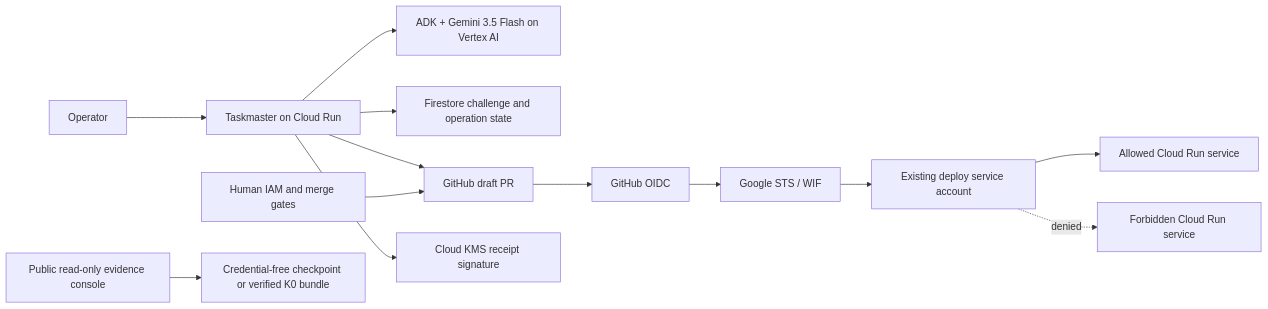
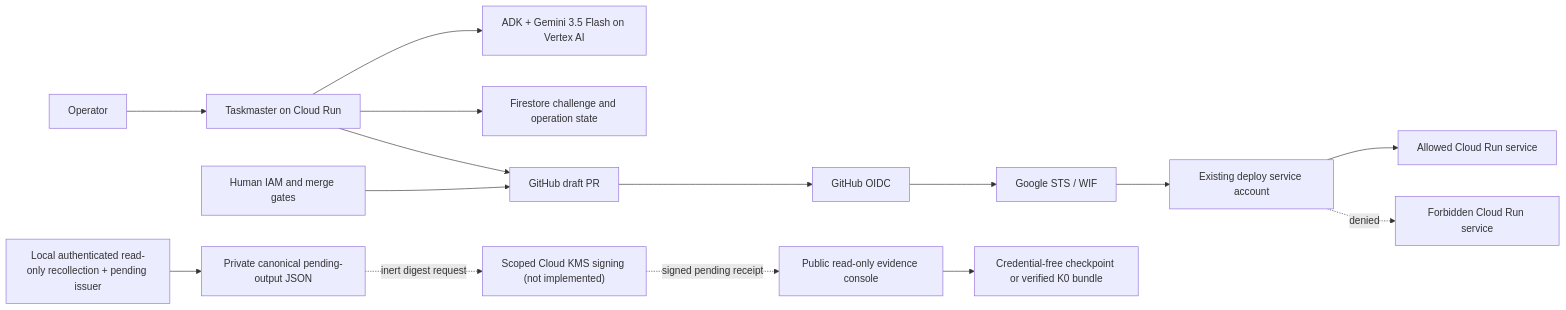
The diagram in README.md (trustphoneapp/keyless-cutover), drawn with Mermaid before and after one commit. The commit also changed other lines of this file and 72 other files, not shown here.

````diff
--- a/README.md
+++ b/README.md
@@ -36,15 +36,17 @@
 ```mermaid
 flowchart LR
     O["Operator"] --> A["Taskmaster on Cloud Run"]
     A --> V["ADK + Gemini 3.5 Flash on Vertex AI"]
     A --> F["Firestore challenge and operation state"]
     A --> G["GitHub draft PR"]
     H["Human IAM and merge gates"] --> G
     G --> OIDC["GitHub OIDC"]
     OIDC --> W["Google STS / WIF"]
     W --> SA["Existing deploy service account"]
     SA --> CR["Allowed Cloud Run service"]
     SA -. denied .-> X["Forbidden Cloud Run service"]
-    A --> K["Cloud KMS receipt signature"]
+    R["Local authenticated read-only recollection + pending issuer"] --> P["Private canonical pending-output JSON"]
+    P -. inert digest request .-> K["Scoped Cloud KMS signing (not implemented)"]
+    K -. signed pending receipt .-> C
     C["Public read-only evidence console"] --> E["Credential-free checkpoint or verified K0 bundle"]
 ```
````
